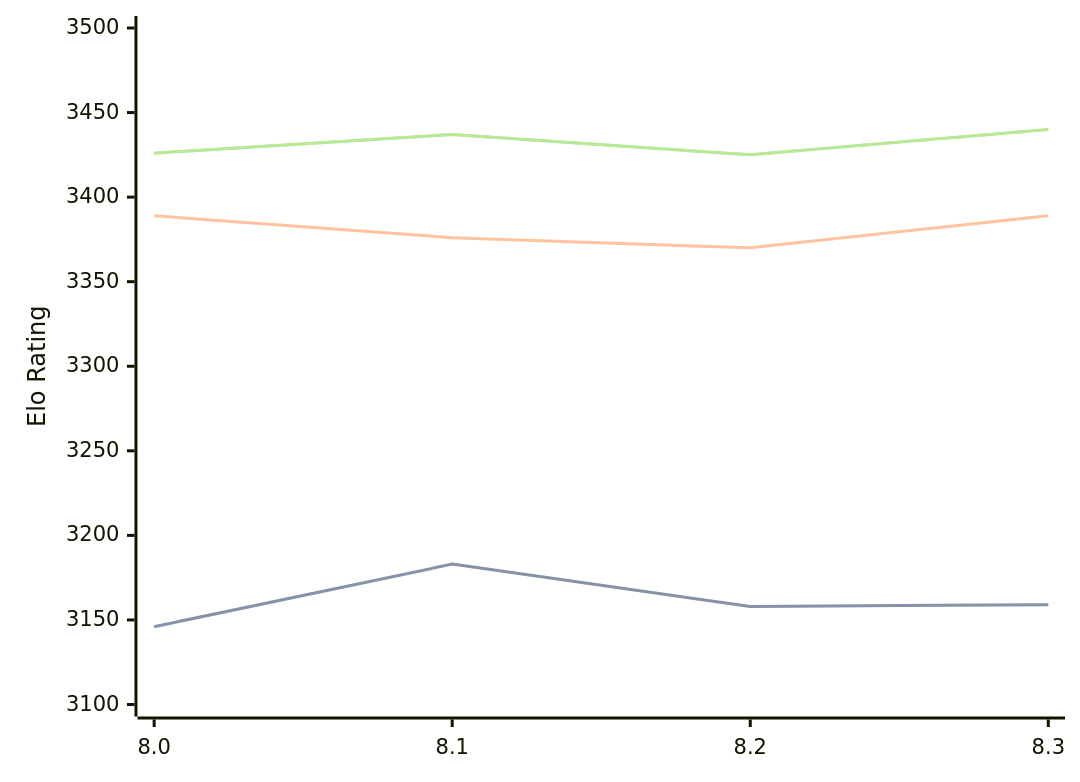
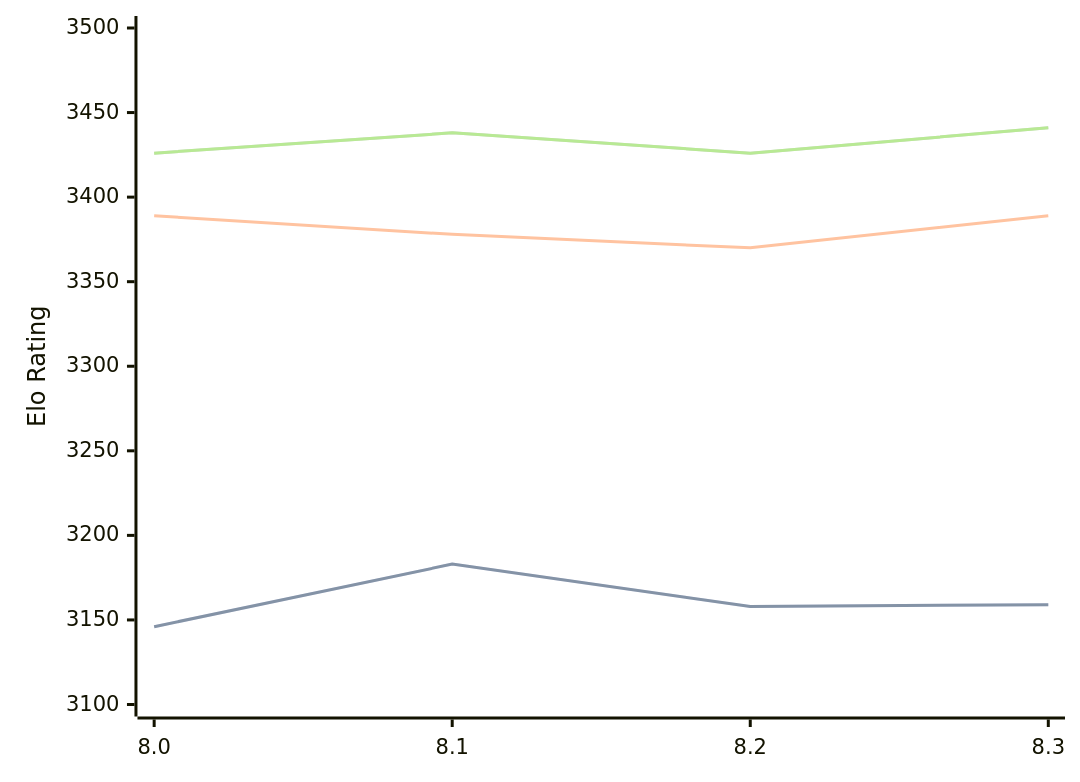
One commit to computer-chess-index/cci changed the diagram in engines/Alexander.md. Above: the diagram before and after it, drawn with Mermaid. The commit also changed other lines of this file, not shown here.

Commit message:
Update CCI Ratings (ELO VLTC) - 2026-09-25

````diff
--- a/engines/Alexander.md
+++ b/engines/Alexander.md
@@ -34,11 +34,11 @@
 ```mermaid
 %%{init: {"theme":"base","themeVariables":{"seriesColors:['#a3a3a3','#222221','#faa371']}}}%%
 xychart-beta
   x-axis ["8.0", "8.1", "8.2", "8.3"]
   y-axis "Elo Rating" 3100 --> 3500
   line "" [3146, 3183, 3158, 3159]
   line "STC (8.0+0.08s)" [3146, 3183, 3158, 3159]
-  line "LTC (60.0+0.60s)" [3389, 3376, 3370, 3389]
-  line "" [3426, 3437, 3425, 3440]
-  line "VLTC (2m24s+1.12s)" [3426, 3437, 3425, 3440]
+  line "LTC (60.0+0.60s)" [3389, 3378, 3370, 3389]
+  line "" [3426, 3438, 3426, 3441]
+  line "VLTC (2m24s+1.12s)" [3426, 3438, 3426, 3441]
 ```
````
